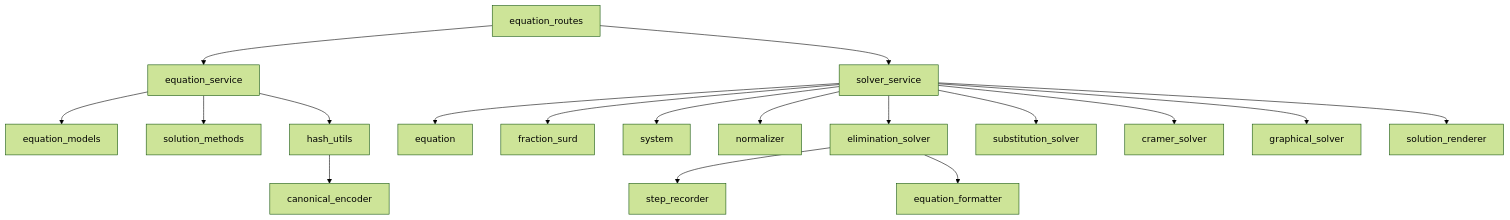
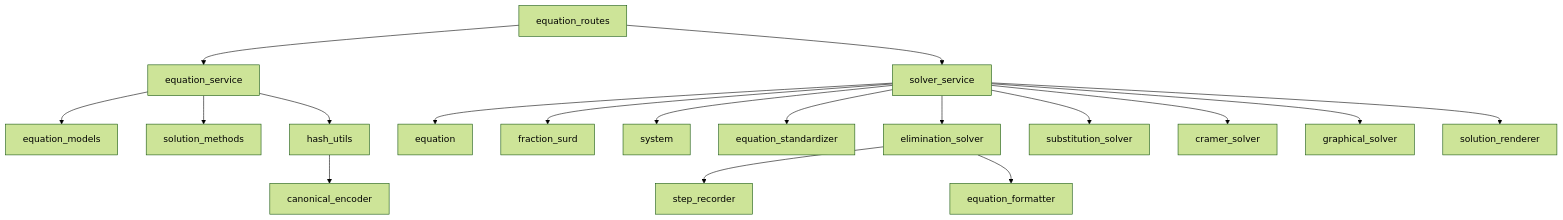
One commit to shahidagha/linear-equation-solver changed the third of 3 diagrams in TECHNICAL_ARCHITECTURE_REPORT.md. Above: the diagram before and after it, drawn with Mermaid (forest theme). The commit also changed other lines of this file and 9 other files, not shown here.

````diff
--- a/TECHNICAL_ARCHITECTURE_REPORT.md
+++ b/TECHNICAL_ARCHITECTURE_REPORT.md
@@ -284,21 +284,21 @@
 ```mermaid
 graph TD
   routes[equation_routes] --> services_eq[equation_service]
   routes --> services_solver[solver_service]
   services_eq --> models_eq[equation_models]
   services_eq --> models_sm[solution_methods]
   services_eq --> hash[hash_utils]
   hash --> canon[canonical_encoder]
 
   services_solver --> math_eq[equation]
   services_solver --> math_fs[fraction_surd]
   services_solver --> math_sys[system]
-  services_solver --> norm[normalizer]
+  services_solver --> norm[equation_standardizer]
   services_solver --> solver_elim[elimination_solver]
   services_solver --> solver_sub[substitution_solver]
   services_solver --> solver_cr[cramer_solver]
   services_solver --> solver_gr[graphical_solver]
   services_solver --> latex[solution_renderer]
   solver_elim --> steprec[step_recorder]
   solver_elim --> eqfmt[equation_formatter]
 ```
````
